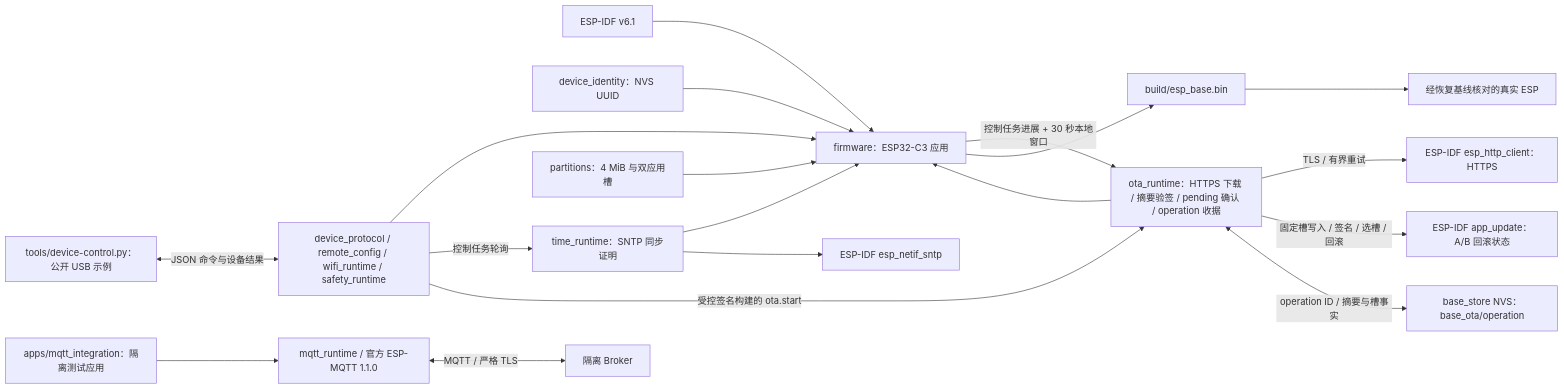
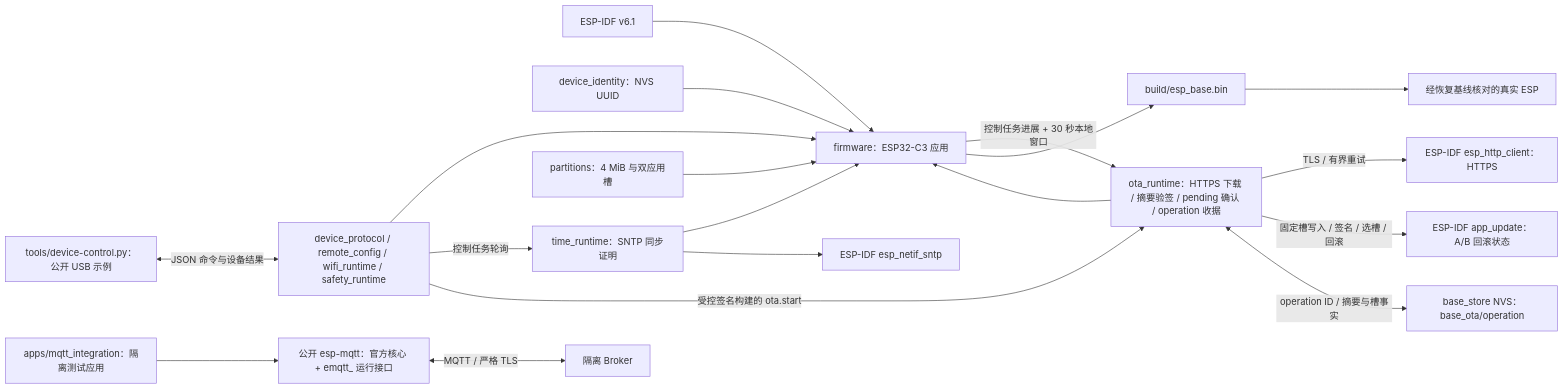
Before and after one commit to darren-you/esp-base: the diagram in README.md, drawn with Mermaid. The commit also changed other lines of this file and 28 other files, not shown here.

````diff
--- a/README.md
+++ b/README.md
@@ -7,21 +7,21 @@
 ```mermaid
 flowchart LR
     sdk["ESP-IDF v6.1"] --> firmware["firmware：ESP32-C3 应用"]
     identity["device_identity：NVS UUID"] --> firmware
     state["device_protocol / remote_config / wifi_runtime / safety_runtime"] --> firmware
     time["time_runtime：SNTP 同步证明"] --> firmware
     state -->|"控制任务轮询"| time
     time --> idf_time["ESP-IDF esp_netif_sntp"]
     ota["ota_runtime：HTTPS 下载 / 摘要验签 / pending 确认 / operation 收据"] --> firmware
     firmware -->|"控制任务进展 + 30 秒本地窗口"| ota
     state -->|"受控签名构建的 ota.start"| ota
     ota -->|"TLS / 有界重试"| https["ESP-IDF esp_http_client：HTTPS"]
     ota -->|"固定槽写入 / 签名 / 选槽 / 回滚"| slot["ESP-IDF app_update：A/B 回滚状态"]
     ota <-->|"operation ID / 摘要与槽事实"| receipt["base_store NVS：base_ota/operation"]
     layout["partitions：4 MiB 与双应用槽"] --> firmware
     host["tools/device-control.py：公开 USB 示例"] <-->|"JSON 命令与设备结果"| state
     firmware --> image["build/esp_base.bin"]
-    lab["apps/mqtt_integration：隔离测试应用"] --> mqtt["mqtt_runtime / 官方 ESP-MQTT 1.1.0"]
+    lab["apps/mqtt_integration：隔离测试应用"] --> mqtt["公开 esp-mqtt：官方核心 + emqtt_ 运行接口"]
     mqtt <-->|"MQTT / 严格 TLS"| broker["隔离 Broker"]
     image --> board["经恢复基线核对的真实 ESP"]
 ```
````
